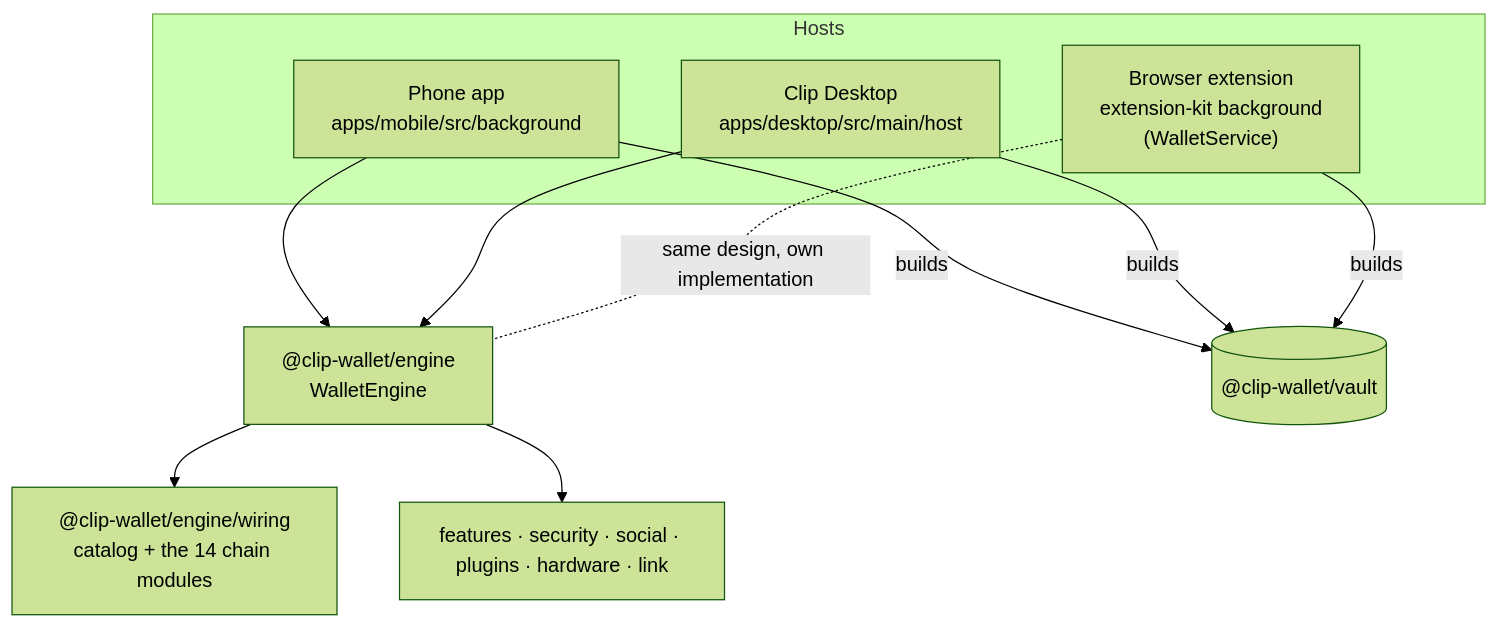
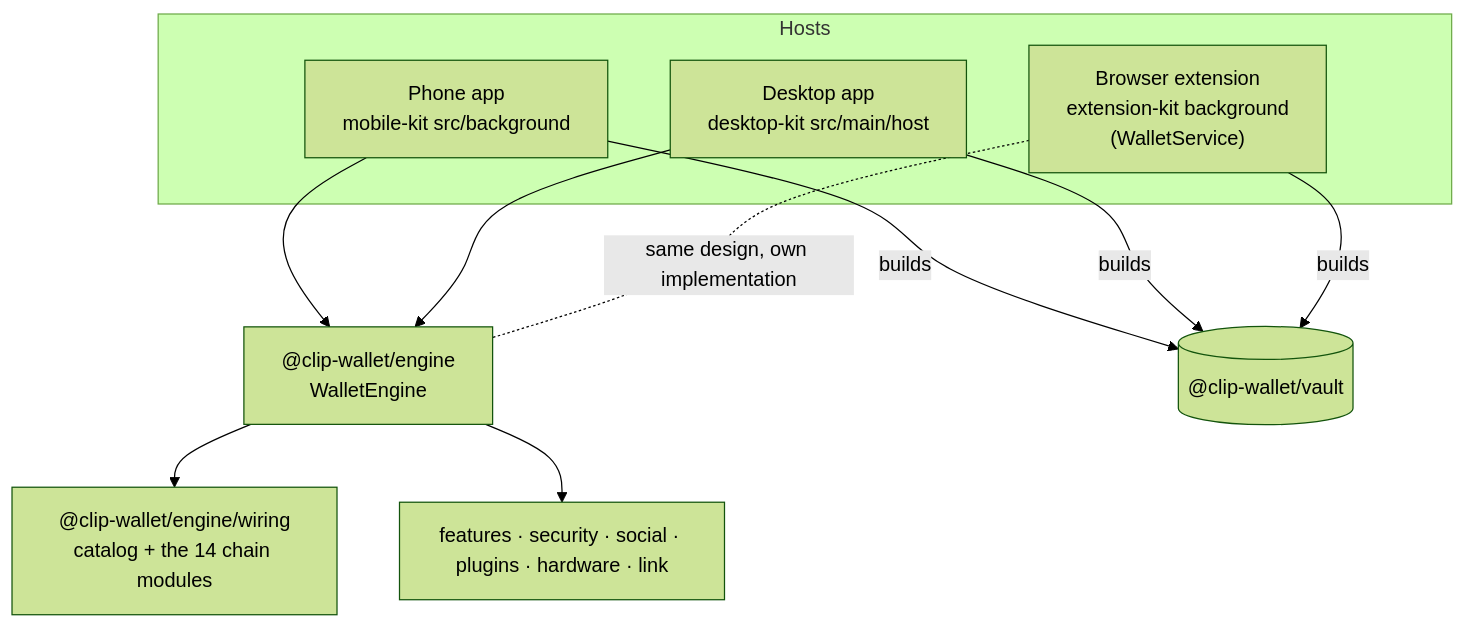
The diagram in apps/docs/src/architecture/engine.md (ColdAI-org/clip-wallet), drawn with Mermaid (forest theme) before and after one commit. The commit also changed 40 other files, not shown here.

````diff
--- a/apps/docs/src/architecture/engine.md
+++ b/apps/docs/src/architecture/engine.md
@@ -8,20 +8,20 @@
 ```mermaid
 flowchart TB
   subgraph Hosts
     EXT["Browser extension<br/>extension-kit background<br/>(WalletService)"]
-    MOB["Phone app<br/>apps/mobile/src/background"]
-    DESK["Clip Desktop<br/>apps/desktop/src/main/host"]
+    MOB["Phone app<br/>mobile-kit src/background"]
+    DESK["Desktop app<br/>desktop-kit src/main/host"]
   end
   ENGINE["@clip-wallet/engine<br/>WalletEngine"]
   WIRING["@clip-wallet/engine/wiring<br/>catalog + the 14 chain modules"]
   VAULT[("@clip-wallet/vault")]
   SERVICES["features · security · social · plugins · hardware · link"]
   MOB --> ENGINE
   DESK --> ENGINE
   ENGINE --> WIRING
   ENGINE --> SERVICES
   MOB -- "builds" --> VAULT
   DESK -- "builds" --> VAULT
   EXT -- "builds" --> VAULT
   EXT -. "same design, own implementation" .- ENGINE
 ```
````
